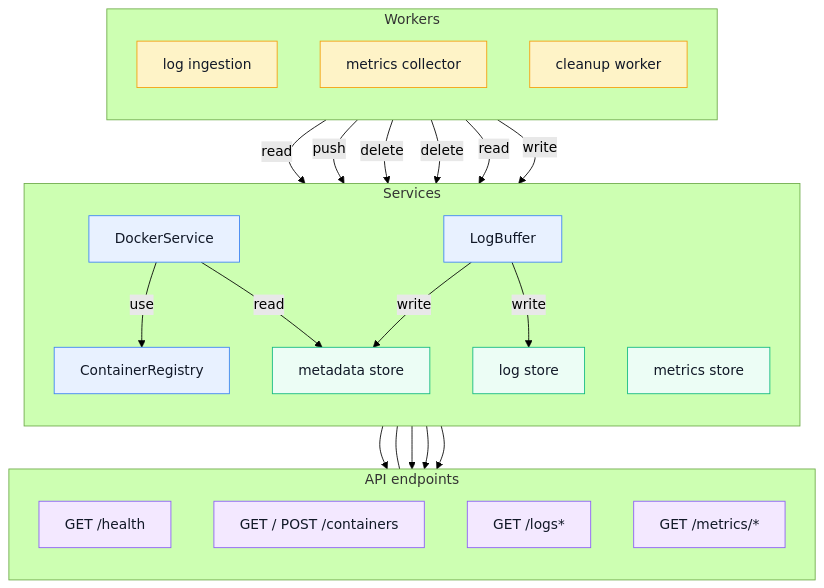
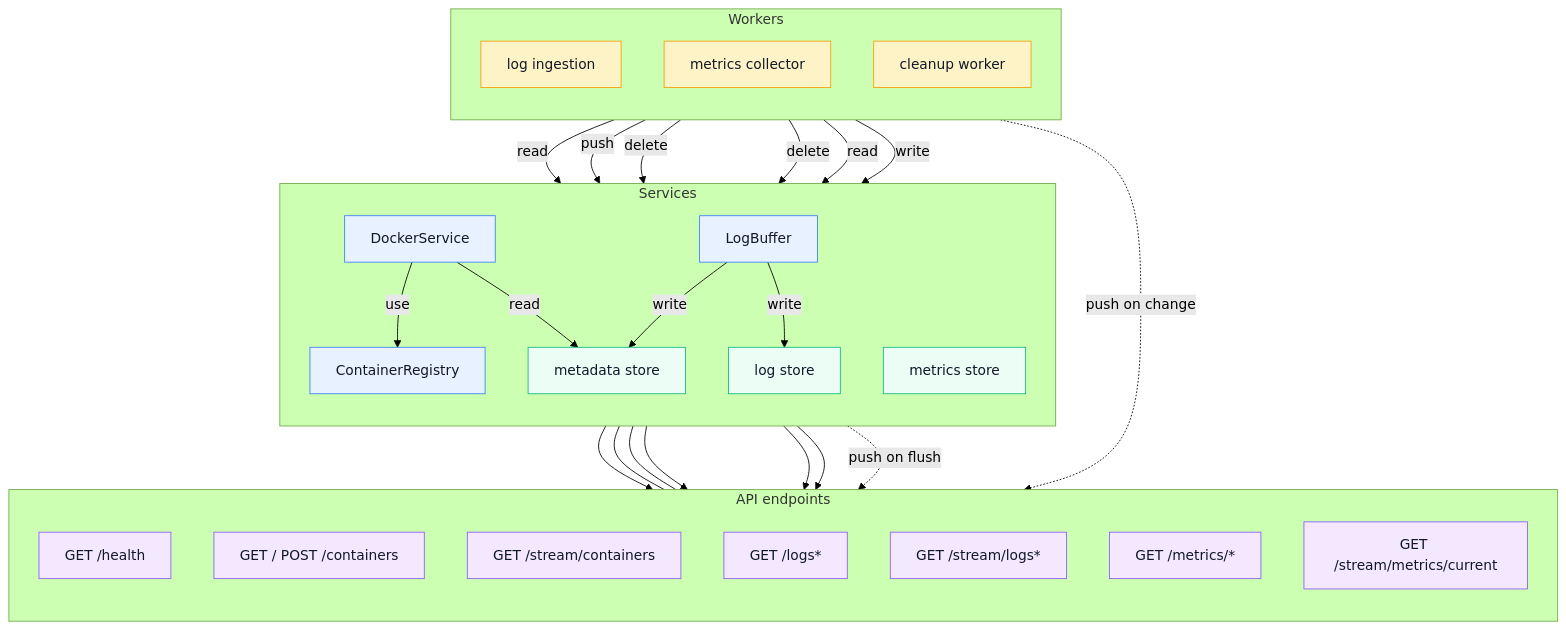
The first of 4 diagrams in docs/ARCHITECTURE.md (skvostik/vpsiner), drawn with Mermaid (forest theme) before and after one commit. The commit also changed other lines of this file and 45 other files, not shown here.

````diff
--- a/docs/ARCHITECTURE.md
+++ b/docs/ARCHITECTURE.md
@@ -13,57 +13,63 @@
 ```mermaid
 flowchart TB
     subgraph Left[Workers]
         direction TB
         LogIngest[log ingestion]
         MetricsCollector[metrics collector]
         Retention[cleanup worker]
     end
 
     subgraph Middle[Services]
         direction TB
         Docker[DockerService]
         Registry[ContainerRegistry]
         Metadata[metadata store]
         LogBuffer[LogBuffer]
         LogStore[log store]
         MetricsStore[metrics store]
     end
 
     subgraph Right[API endpoints]
         direction TB
         Health[GET /health]
         Containers[GET / POST /containers]
+        ContainersStream[GET /stream/containers]
         Logs[GET /logs*]
+        LogsStream[GET /stream/logs*]
         Metrics[GET /metrics/*]
+        MetricsStream[GET /stream/metrics/current]
     end
 
     LogIngest -->|read| Docker
     LogIngest -->|push| LogBuffer
     LogBuffer -->|write| Metadata
     LogBuffer -->|write| LogStore
 
     Docker -->|use| Registry
     Docker -->|read| Metadata
 
     Retention -->|delete| MetricsStore
     Retention -->|delete| LogStore
 
     Docker --> Health
     Docker --- Containers
+    Docker --- ContainersStream
     LogStore --> Logs
     Metadata --> Logs
     MetricsStore --> Metrics
+    MetricsCollector -.->|push on change| MetricsStream
+    LogBuffer -.->|push on flush| LogsStream
 
     MetricsCollector -->|read| Docker
     MetricsCollector -->|write| MetricsStore
 
     classDef worker fill:#fef3c7,stroke:#f59e0b,stroke-width:1px,color:#111827;
     classDef service fill:#e8f1ff,stroke:#3b82f6,stroke-width:1px,color:#111827;
     classDef store fill:#ecfdf5,stroke:#10b981,stroke-width:1px,color:#111827;
     classDef api fill:#f3e8ff,stroke:#8b5cf6,stroke-width:1px,color:#111827;
 
     class MetricsCollector,LogIngest,Retention worker;
     class Docker,Registry,LogBuffer service;
     class MetricsStore,LogStore,Metadata store;
-    class Health,Containers,Metrics,Logs api;
+    class Health,Containers,ContainersStream,Metrics,MetricsStream,Logs,LogsStream api;
 ```
````
